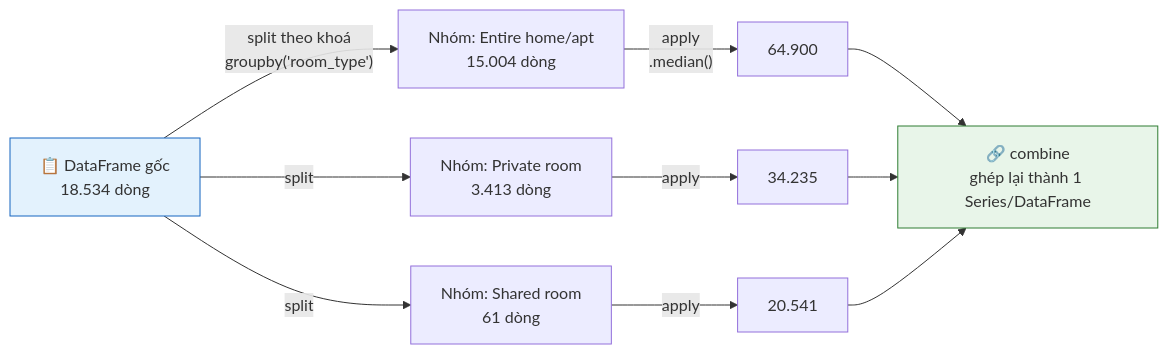
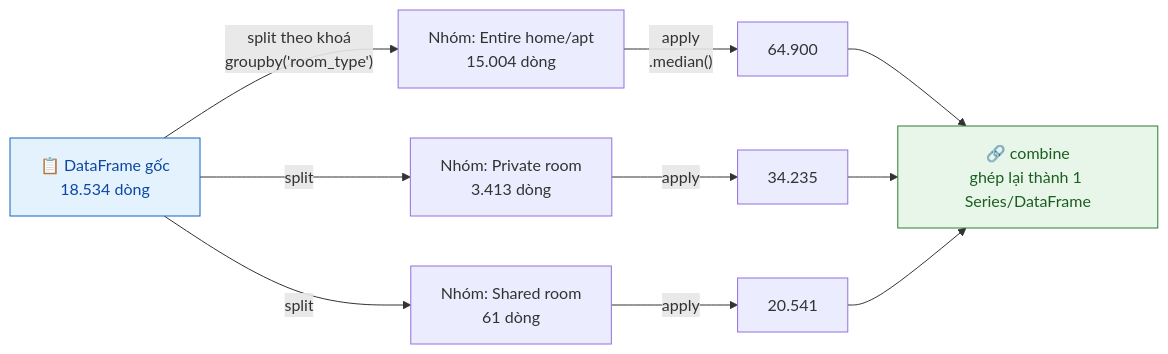
One commit to quancn12/Study_UET changed the first of 2 diagrams in docs/xu-ly-du-lieu/bai-05-series-dataframe-chuyen-sau.md. Above: the diagram before and after it, drawn with Mermaid. The commit also changed other lines of this file and 5 other files, not shown here.

Commit message:
Fix mermaid text clipping bug and optimize node label contrast across all docs

````diff
--- a/docs/xu-ly-du-lieu/bai-05-series-dataframe-chuyen-sau.md
+++ b/docs/xu-ly-du-lieu/bai-05-series-dataframe-chuyen-sau.md
@@ -179,14 +179,14 @@
 ```mermaid
 flowchart LR
     D["📋 DataFrame gốc<br/>18.534 dòng"] -->|"split theo khoá<br/>groupby('room_type')"| G1["Nhóm: Entire home/apt<br/>15.004 dòng"]
     D -->|split| G2["Nhóm: Private room<br/>3.413 dòng"]
     D -->|split| G3["Nhóm: Shared room<br/>61 dòng"]
     G1 -->|"apply<br/>.median()"| R1["64.900"]
     G2 -->|apply| R2["34.235"]
     G3 -->|apply| R3["20.541"]
     R1 --> C["🔗 combine<br/>ghép lại thành 1 Series/DataFrame"]
     R2 --> C
     R3 --> C
-    style D fill:#e3f2fd,stroke:#1565c0
-    style C fill:#e8f5e9,stroke:#2e7d32
+    style D fill:#e3f2fd,stroke:#1565c0,color:#0d47a1
+    style C fill:#e8f5e9,stroke:#2e7d32,color:#1b5e20
 ```
````
